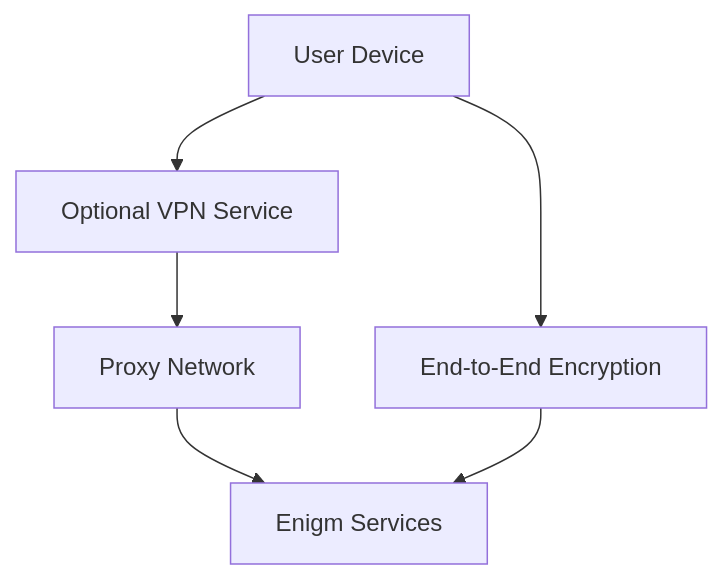
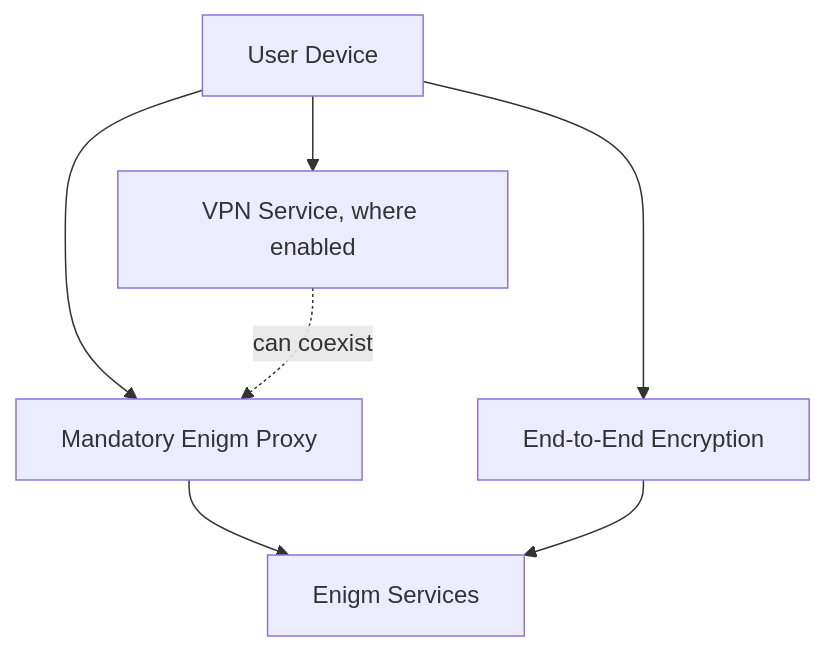
The diagram in app/network-privacy.mdx (enigm-llc/docs), drawn with Mermaid before and after one commit. The commit also changed other lines of this file and 21 other files, not shown here.

````diff
--- a/app/network-privacy.mdx
+++ b/app/network-privacy.mdx
@@ -13,14 +13,15 @@
 ```mermaid
 flowchart TD
   Device["User Device"]
   E2EE["End-to-End Encryption"]
-  VPN["Optional VPN Service"]
-  Proxy["Proxy Network"]
+  Proxy["Mandatory Enigm Proxy"]
+  VPN["VPN Service, where enabled"]
   Services["Enigm Services"]
 
   Device --> E2EE
+  Device --> Proxy
   Device --> VPN
-  VPN --> Proxy
+  VPN -. can coexist .-> Proxy
   Proxy --> Services
   E2EE --> Services
 ```
````
